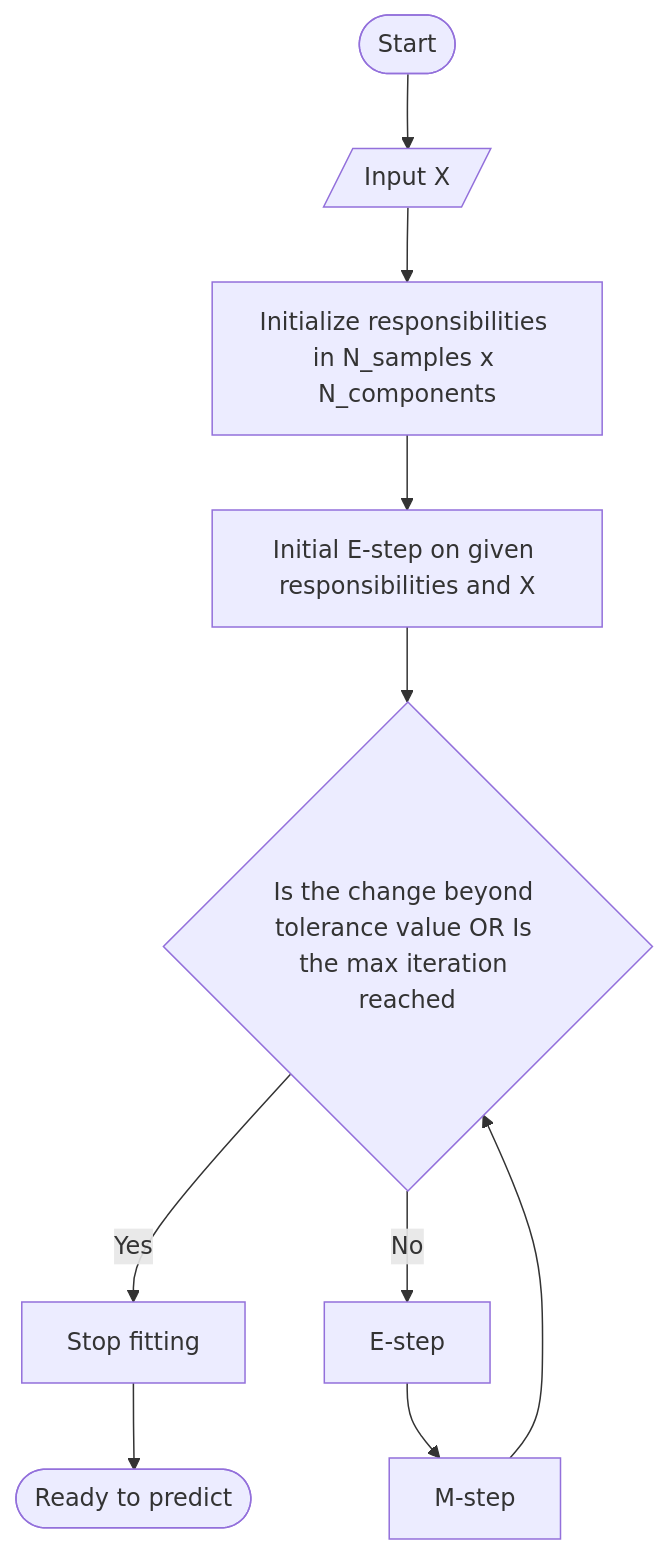
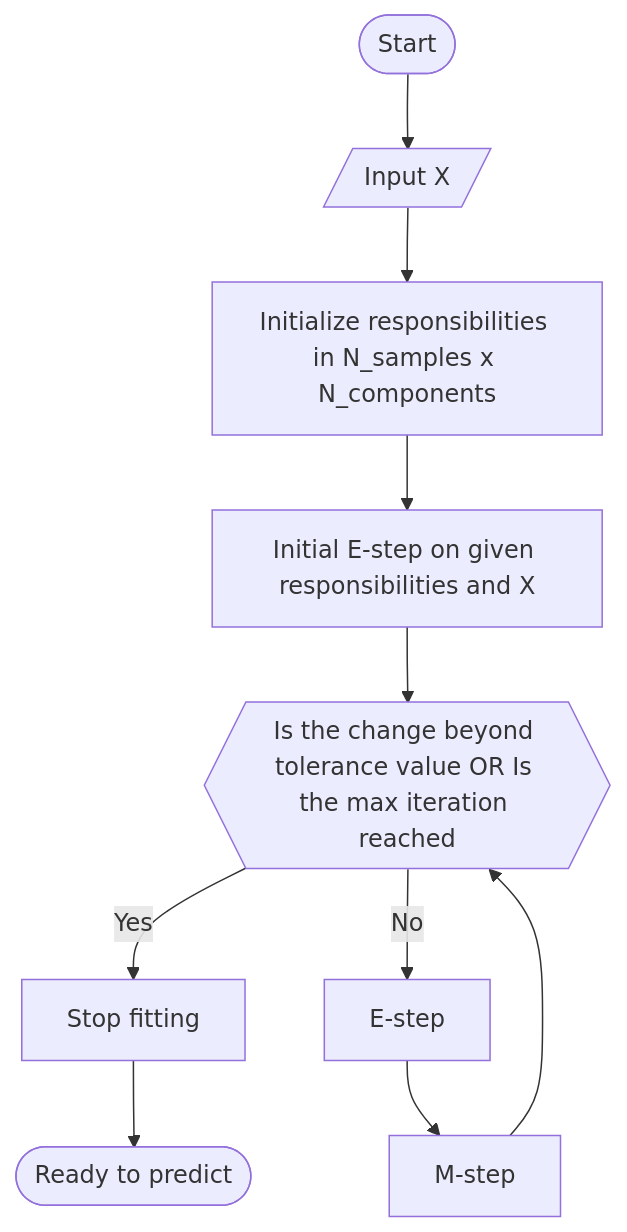
The diagram in README.md (MangoPomelo/GaussianMixture), drawn with Mermaid before and after one commit.

````diff
--- a/README.md
+++ b/README.md
@@ -10,12 +10,12 @@
 ```mermaid
 graph TD
     Start([Start]) --> InputX
     InputX[/Input X/] --> InitializeResp
     InitializeResp[Initialize responsibilities in N_samples x N_components] --> InitialEStep
     InitialEStep[Initial E-step on given responsibilities and X] --> Guard
     Guard -- Yes --> Return[Stop fitting]
-    Guard{Is the change beyond tolerance value OR Is the max iteration reached} -- No --> EStep
+    Guard{{Is the change beyond tolerance value OR Is the max iteration reached}} -- No --> EStep
     EStep[E-step] --> MStep
     MStep[M-step] --> Guard
     Return --> End([Ready to predict])
 ```
````
